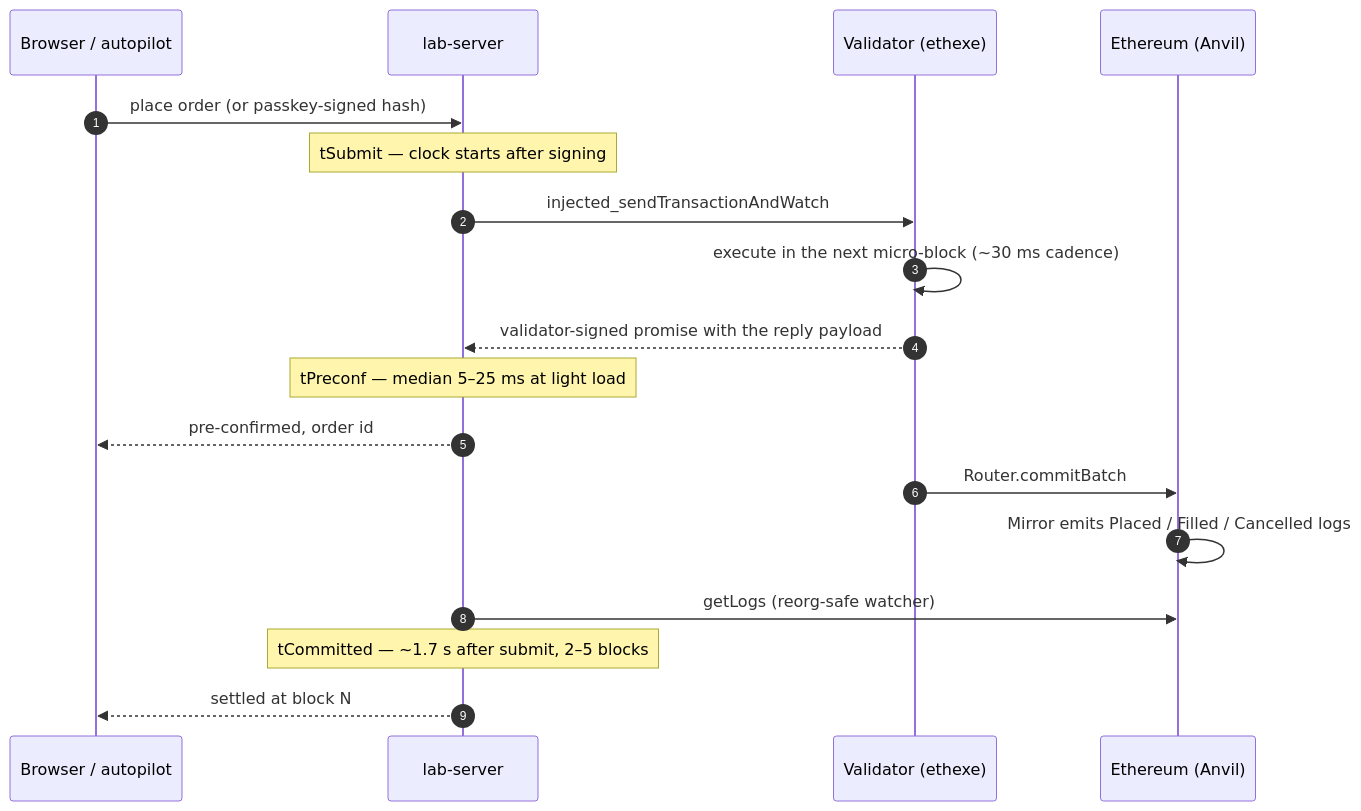
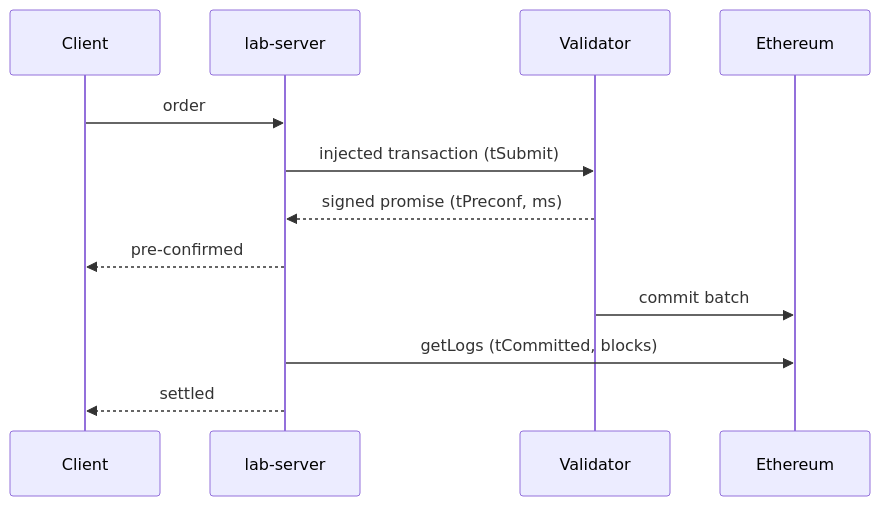
Before and after one commit to Adityaakr/vara-eth-runner: the second of 2 diagrams in README.md, drawn with Mermaid. The commit also changed other lines of this file, not shown here.

````diff
--- a/README.md
+++ b/README.md
@@ -47,20 +40,14 @@
 ```mermaid
 sequenceDiagram
-  autonumber
-  participant B as Browser / autopilot
+  participant C as Client
   participant S as lab-server
-  participant V as Validator (ethexe)
-  participant E as Ethereum (Anvil)
-  B->>S: place order (or passkey-signed hash)
-  Note over S: tSubmit — clock starts after signing
-  S->>V: injected_sendTransactionAndWatch
-  V->>V: execute in the next micro-block (~30 ms cadence)
-  V-->>S: validator-signed promise with the reply payload
-  Note over S: tPreconf — median 5–25 ms at light load
-  S-->>B: pre-confirmed, order id
-  V->>E: Router.commitBatch
-  E->>E: Mirror emits Placed / Filled / Cancelled logs
-  S->>E: getLogs (reorg-safe watcher)
-  Note over S: tCommitted — ~1.7 s after submit, 2–5 blocks
-  S-->>B: settled at block N
+  participant V as Validator
+  participant E as Ethereum
+  C->>S: order
+  S->>V: injected transaction (tSubmit)
+  V-->>S: signed promise (tPreconf, ms)
+  S-->>C: pre-confirmed
+  V->>E: commit batch
+  S->>E: getLogs (tCommitted, blocks)
+  S-->>C: settled
 ```
````
